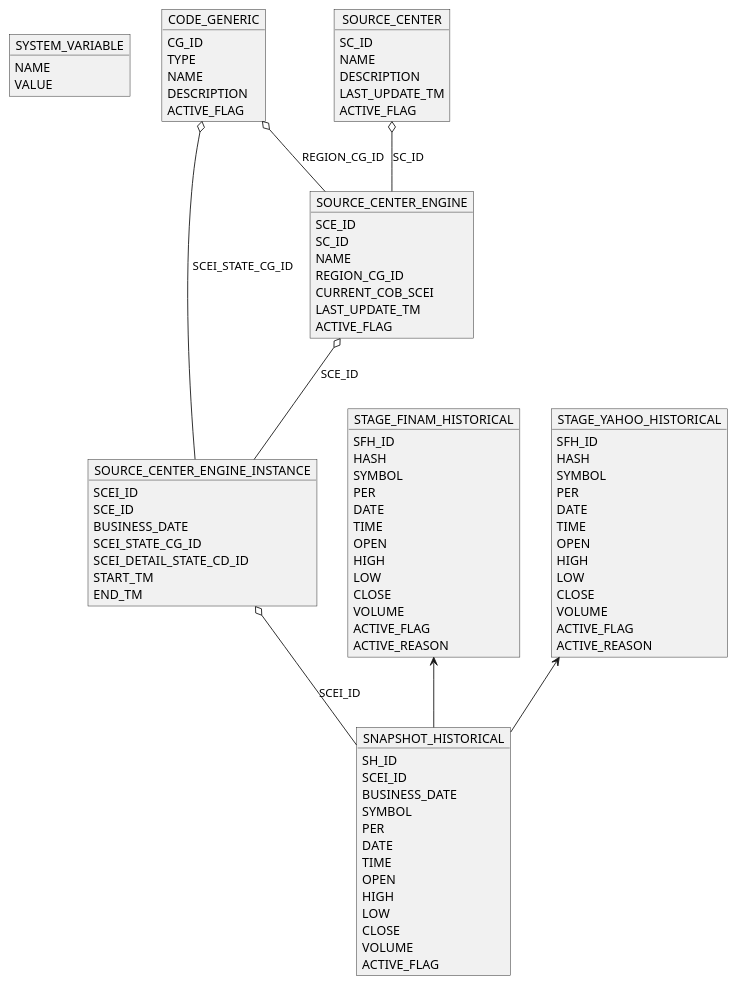
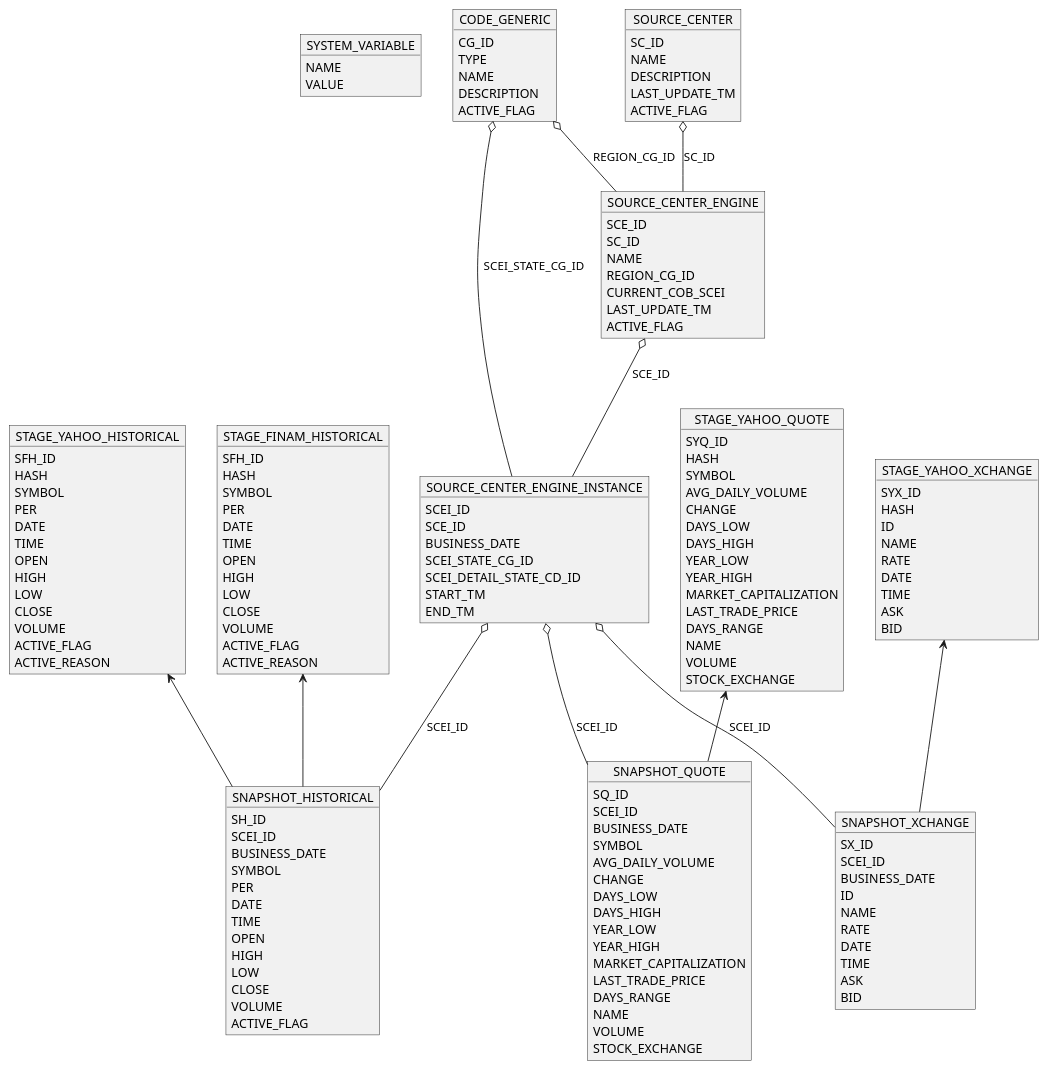
One commit to vikvorona/stock-exchange-data-collector changed the diagram in docs/diagrams/database-diagram.puml. Above: the diagram before and after it, drawn with PlantUML.

Commit message:
add yahoo_quotes and yahoo_xchange

```diff
--- a/docs/diagrams/database-diagram.puml
+++ b/docs/diagrams/database-diagram.puml
@@ -1,102 +1,169 @@
 @startuml
 
 object SYSTEM_VARIABLE {
   NAME
   VALUE
 }
 
 object CODE_GENERIC {
   CG_ID
   TYPE
   NAME
   DESCRIPTION
   ACTIVE_FLAG
 }
 
 object SOURCE_CENTER {
   SC_ID
   NAME
   DESCRIPTION
   LAST_UPDATE_TM
   ACTIVE_FLAG
 }
 
 object SOURCE_CENTER_ENGINE {
   SCE_ID
   SC_ID
   NAME
   REGION_CG_ID
   CURRENT_COB_SCEI
   LAST_UPDATE_TM
   ACTIVE_FLAG
 }
 
 SOURCE_CENTER o-- SOURCE_CENTER_ENGINE: SC_ID
 CODE_GENERIC o-- SOURCE_CENTER_ENGINE: REGION_CG_ID
 
 object SOURCE_CENTER_ENGINE_INSTANCE {
   SCEI_ID
   SCE_ID
   BUSINESS_DATE
   SCEI_STATE_CG_ID
   SCEI_DETAIL_STATE_CD_ID
   START_TM
   END_TM
 }
 
 SOURCE_CENTER_ENGINE o-- SOURCE_CENTER_ENGINE_INSTANCE: SCE_ID
 CODE_GENERIC o-- SOURCE_CENTER_ENGINE_INSTANCE: SCEI_STATE_CG_ID
 
 object STAGE_FINAM_HISTORICAL {
   SFH_ID
   HASH
   SYMBOL
   PER
   DATE
   TIME
   OPEN
   HIGH
   LOW
   CLOSE
   VOLUME
   ACTIVE_FLAG
   ACTIVE_REASON
 }
 
 object STAGE_YAHOO_HISTORICAL {
   SFH_ID
   HASH
   SYMBOL
   PER
   DATE
   TIME
   OPEN
   HIGH
   LOW
   CLOSE
   VOLUME
   ACTIVE_FLAG
   ACTIVE_REASON
 }
 
 object SNAPSHOT_HISTORICAL {
   SH_ID
   SCEI_ID
   BUSINESS_DATE
   SYMBOL
   PER
   DATE
   TIME
   OPEN
   HIGH
   LOW
   CLOSE
   VOLUME
   ACTIVE_FLAG
 }
 
 SOURCE_CENTER_ENGINE_INSTANCE o-- SNAPSHOT_HISTORICAL: SCEI_ID
 STAGE_FINAM_HISTORICAL <-- SNAPSHOT_HISTORICAL
 STAGE_YAHOO_HISTORICAL <-- SNAPSHOT_HISTORICAL
 
+object STAGE_YAHOO_QUOTE {
+ SYQ_ID
+ HASH
+ SYMBOL
+ AVG_DAILY_VOLUME
+ CHANGE
+ DAYS_LOW
+ DAYS_HIGH
+ YEAR_LOW
+ YEAR_HIGH
+ MARKET_CAPITALIZATION
+ LAST_TRADE_PRICE
+ DAYS_RANGE
+ NAME
+ VOLUME
+ STOCK_EXCHANGE
+}
+
+object STAGE_YAHOO_XCHANGE {
+ SYX_ID
+ HASH
+ ID
+ NAME
+ RATE
+ DATE
+ TIME
+ ASK
+ BID
+}
+
+object SNAPSHOT_QUOTE {
+ SQ_ID
+ SCEI_ID
+ BUSINESS_DATE
+ SYMBOL
+ AVG_DAILY_VOLUME
+ CHANGE
+ DAYS_LOW
+ DAYS_HIGH
+ YEAR_LOW
+ YEAR_HIGH
+ MARKET_CAPITALIZATION
+ LAST_TRADE_PRICE
+ DAYS_RANGE
+ NAME
+ VOLUME
+ STOCK_EXCHANGE
+}
+
+object SNAPSHOT_XCHANGE {
+ SX_ID
+ SCEI_ID
+ BUSINESS_DATE
+ ID
+ NAME
+ RATE
+ DATE
+ TIME
+ ASK
+ BID
+}
+
+STAGE_YAHOO_QUOTE <-- SNAPSHOT_QUOTE
+STAGE_YAHOO_XCHANGE <-- SNAPSHOT_XCHANGE
+
+SOURCE_CENTER_ENGINE_INSTANCE o-- SNAPSHOT_QUOTE: SCEI_ID
+SOURCE_CENTER_ENGINE_INSTANCE o-- SNAPSHOT_XCHANGE: SCEI_ID
 @enduml
```
